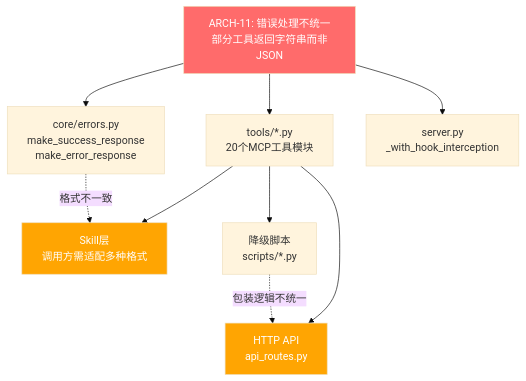
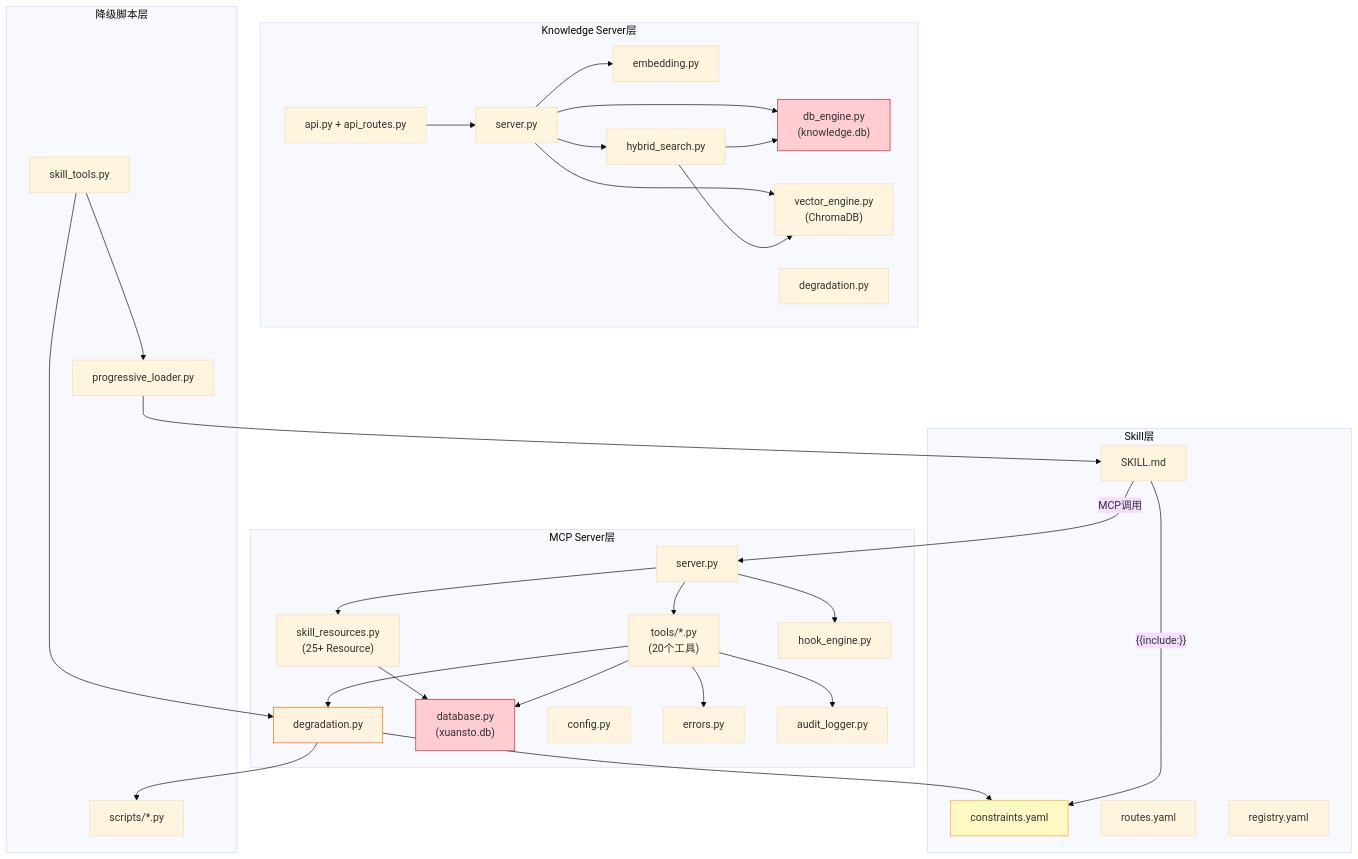
One commit to xuanyuanchumo/xuansto changed the first of 11 diagrams in docs/plan/REFACTOR_PLAN.md. Above: the diagram before and after it, drawn with Mermaid (base theme). The commit also changed other lines of this file and 68 other files, not shown here.

````diff
--- a/docs/plan/REFACTOR_PLAN.md
+++ b/docs/plan/REFACTOR_PLAN.md
@@ -145,18 +83,67 @@
 ```mermaid
-graph TD
-    ARCH11["ARCH-11: 错误处理不统一<br/>部分工具返回字符串而非JSON"]
-    ARCH11 --> TOOLS["tools/*.py<br/>20个MCP工具模块"]
-    ARCH11 --> ERRORS["core/errors.py<br/>make_success_response<br/>make_error_response"]
-    ARCH11 --> SERVER["server.py<br/>_with_hook_interception"]
+graph TB
+    subgraph "Skill层"
+        SKILL["SKILL.md"]
+        CONSTRAINTS["constraints.yaml"]
+        ROUTES["routes.yaml"]
+        REGISTRY["registry.yaml"]
+    end
 
-    TOOLS --> SKILL["Skill层<br/>调用方需适配多种格式"]
-    TOOLS --> SCRIPTS["降级脚本<br/>scripts/*.py"]
-    TOOLS --> API["HTTP API<br/>api_routes.py"]
+    subgraph "MCP Server层"
+        SERVER["server.py"]
+        TOOLS["tools/*.py<br/>(20个工具)"]
+        RESOURCES["skill_resources.py<br/>(25+ Resource)"]
+        HOOK["hook_engine.py"]
+        DEGR["degradation.py"]
+        DB_CORE["database.py<br/>(xuansto.db)"]
+        CONFIG["config.py"]
+        ERR["errors.py"]
+        AUDIT["audit_logger.py"]
+    end
 
-    ERRORS -.->|"格式不一致"| SKILL
-    SCRIPTS -.->|"包装逻辑不统一"| API
+    subgraph "Knowledge Server层"
+        KB_SERVER["server.py"]
+        KB_API["api.py + api_routes.py"]
+        KB_DB["db_engine.py<br/>(knowledge.db)"]
+        KB_VECTOR["vector_engine.py<br/>(ChromaDB)"]
+        KB_EMBED["embedding.py"]
+        KB_DEGR["degradation.py"]
+        KB_SEARCH["hybrid_search.py"]
+    end
 
-    style ARCH11 fill:#ff6b6b,color:#fff
-    style SKILL fill:#ffa502,color:#fff
-    style API fill:#ffa502,color:#fff
+    subgraph "降级脚本层"
+        SCRIPTS["scripts/*.py"]
+        PROG_LOADER["progressive_loader.py"]
+        SKILL_TOOLS["skill_tools.py"]
+    end
+
+    SKILL -->|"{{include:}}"| CONSTRAINTS
+    SKILL -->|"MCP调用"| SERVER
+    SERVER --> TOOLS
+    SERVER --> RESOURCES
+    SERVER --> HOOK
+    TOOLS --> DB_CORE
+    TOOLS --> DEGR
+    TOOLS --> ERR
+    TOOLS --> AUDIT
+    RESOURCES --> DB_CORE
+    DEGR --> SCRIPTS
+    DEGR --> CONSTRAINTS
+
+    KB_SERVER --> KB_DB
+    KB_SERVER --> KB_VECTOR
+    KB_SERVER --> KB_EMBED
+    KB_SERVER --> KB_SEARCH
+    KB_API --> KB_SERVER
+    KB_SEARCH --> KB_DB
+    KB_SEARCH --> KB_VECTOR
+
+    SKILL_TOOLS --> PROG_LOADER
+    SKILL_TOOLS --> DEGR
+    PROG_LOADER --> SKILL
+
+    style DB_CORE fill:#ffcdd2,stroke:#c62828
+    style KB_DB fill:#ffcdd2,stroke:#c62828
+    style DEGR fill:#fff3e0,stroke:#ef6c00
+    style CONSTRAINTS fill:#fff9c4,stroke:#f9a825
 ```
````
